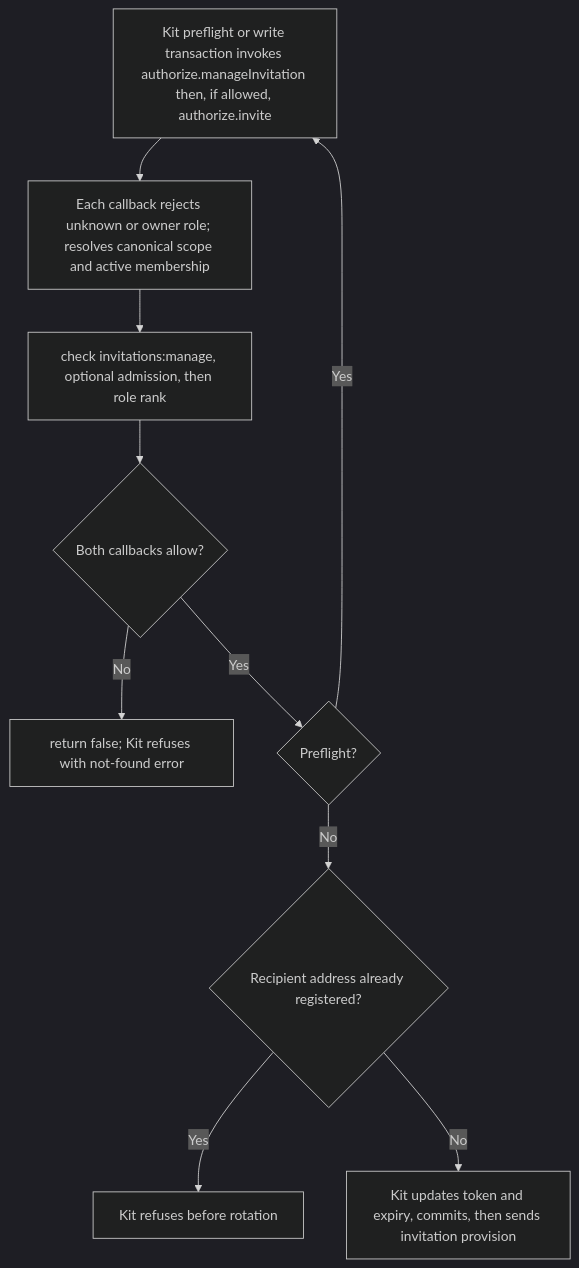
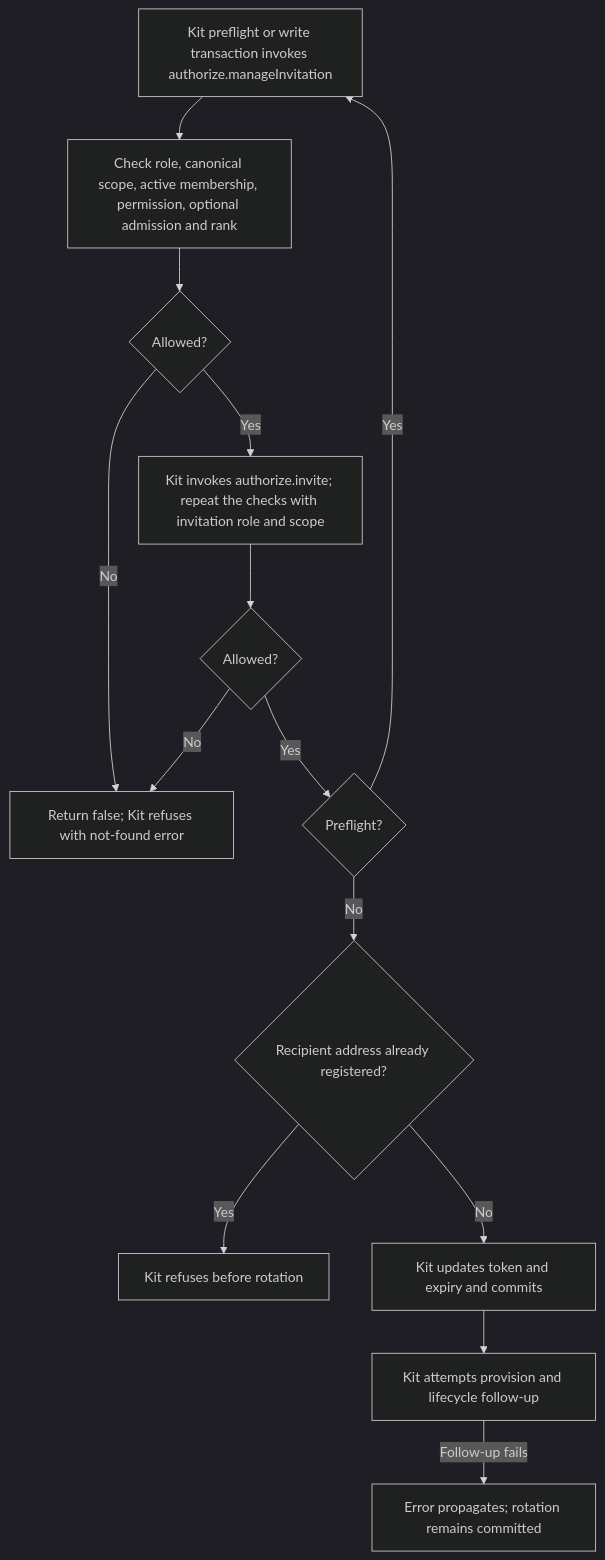
The second of 2 diagrams in user-stories/US-ACCESS-23-resend-invitation.md (Kevinjohn/oss-adonisjs-access-control), drawn with Mermaid (dark theme) before and after one commit. The commit also changed other lines of this file and 18 other files, not shown here.

Commit message:
Reconcile access control story flows

````diff
--- a/user-stories/US-ACCESS-23-resend-invitation.md
+++ b/user-stories/US-ACCESS-23-resend-invitation.md
@@ -33,12 +34,16 @@
 ```mermaid
 flowchart TD
-    A["Kit preflight or write transaction invokes authorize.manageInvitation then, if allowed, authorize.invite"] --> B["Each callback rejects unknown or owner role; resolves canonical scope and active membership"]
-    B --> C["check invitations:manage, optional admission, then role rank"]
-    C --> D{"Both callbacks allow?"}
-    D -->|No| E["return false; Kit refuses with not-found error"]
-    D -->|Yes| P{"Preflight?"}
+    A["Kit preflight or write transaction invokes authorize.manageInvitation"] --> B["Check role, canonical scope, active membership, permission, optional admission and rank"]
+    B --> D{"Allowed?"}
+    D -->|No| E["Return false; Kit refuses with not-found error"]
+    D -->|Yes| C["Kit invokes authorize.invite; repeat the checks with invitation role and scope"]
+    C --> Q{"Allowed?"}
+    Q -->|No| E
+    Q -->|Yes| P{"Preflight?"}
     P -->|Yes| A
     P -->|No| R{"Recipient address already registered?"}
     R -->|Yes| X["Kit refuses before rotation"]
-    R -->|No| F["Kit updates token and expiry, commits, then sends invitation provision"]
+    R -->|No| F["Kit updates token and expiry and commits"]
+    F --> G["Kit attempts provision and lifecycle follow-up"]
+    G -->|Follow-up fails| H["Error propagates; rotation remains committed"]
 ```
````
